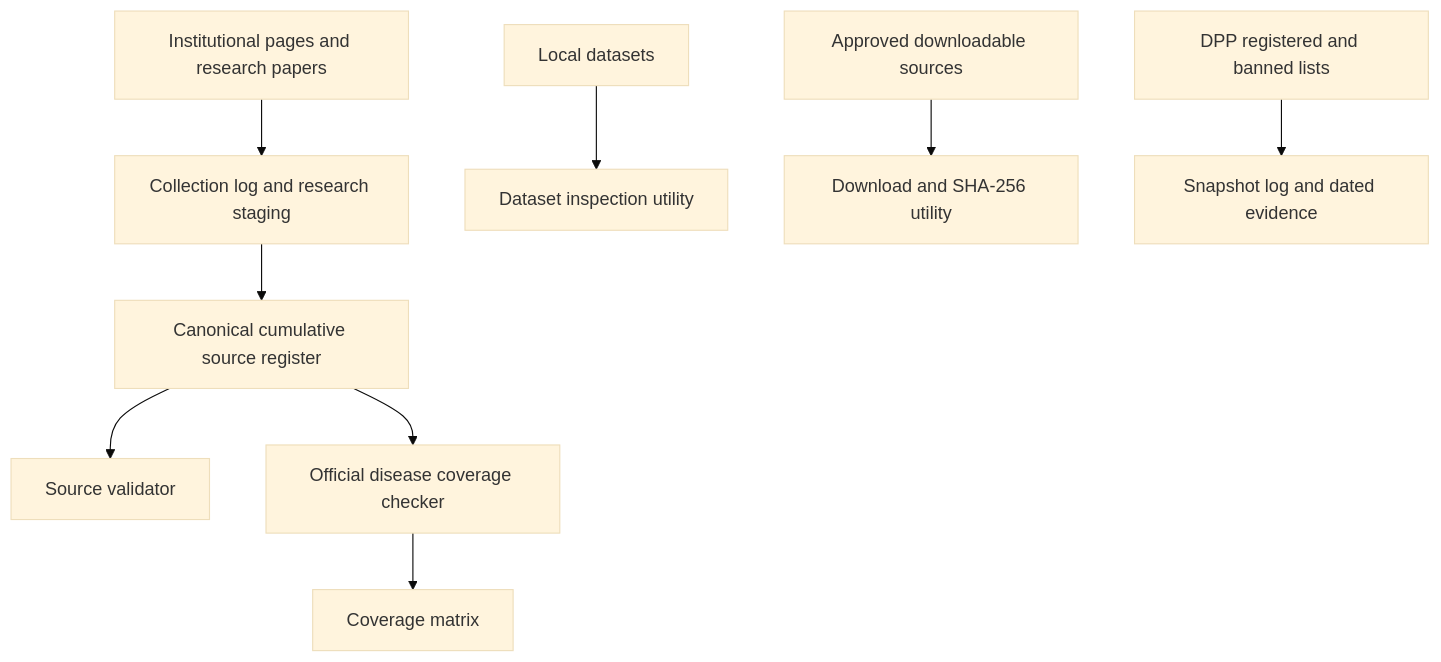
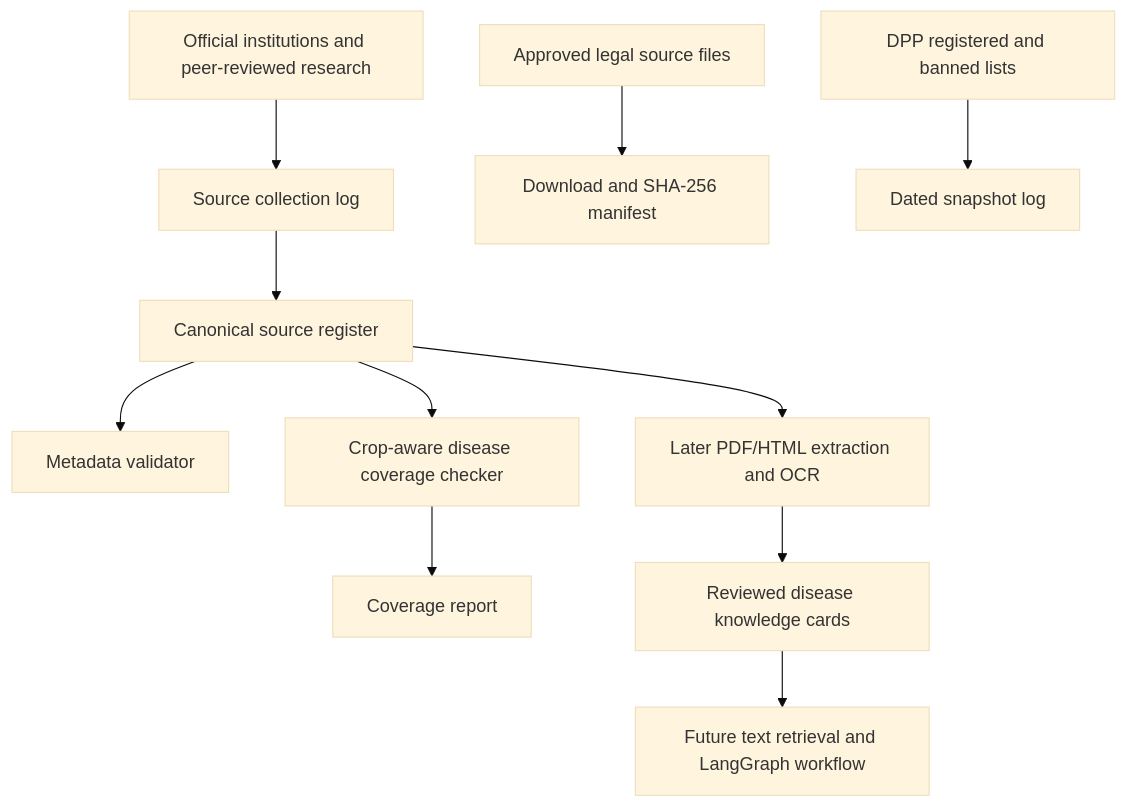
Before and after one commit to Muhammad-Ali5/ITSimplera-internship: the diagram in week-2/ARCHITECTURE.md, drawn with Mermaid (base theme). The commit also changed other lines of this file, not shown here.

Commit message:
Remove image dataset work from Week 2 architecture

````diff
--- a/week-2/ARCHITECTURE.md
+++ b/week-2/ARCHITECTURE.md
@@ -20,11 +21,13 @@
 ```mermaid
 flowchart TD
- A[Institutional pages and research papers] --> B[Collection log and research staging]
- B --> C[Canonical cumulative source register]
- C --> D[Source validator]
- C --> E[Official disease coverage checker]
- E --> F[Coverage matrix]
- G[Local datasets] --> H[Dataset inspection utility]
- I[Approved downloadable sources] --> J[Download and SHA-256 utility]
- K[DPP registered and banned lists] --> L[Snapshot log and dated evidence]
+ A[Official institutions and peer-reviewed research] --> B[Source collection log]
+ B --> C[Canonical source register]
+ C --> D[Metadata validator]
+ C --> E[Crop-aware disease coverage checker]
+ E --> F[Coverage report]
+ G[Approved legal source files] --> H[Download and SHA-256 manifest]
+ I[DPP registered and banned lists] --> J[Dated snapshot log]
+ C --> K[Later PDF/HTML extraction and OCR]
+ K --> L[Reviewed disease knowledge cards]
+ L --> M[Future text retrieval and LangGraph workflow]
 ```
````
